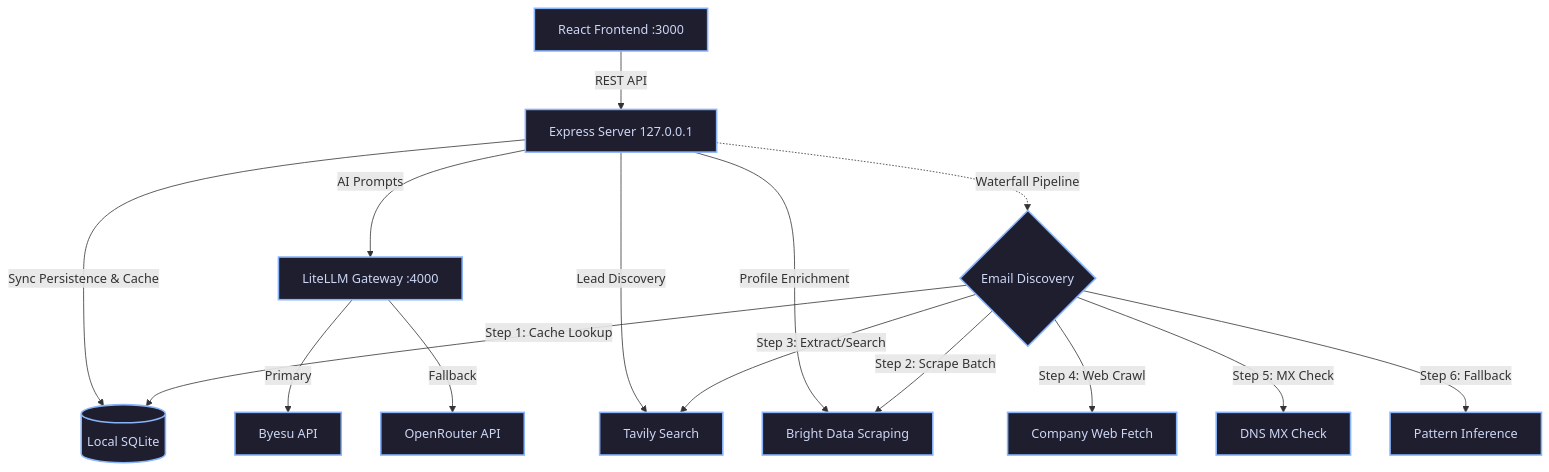
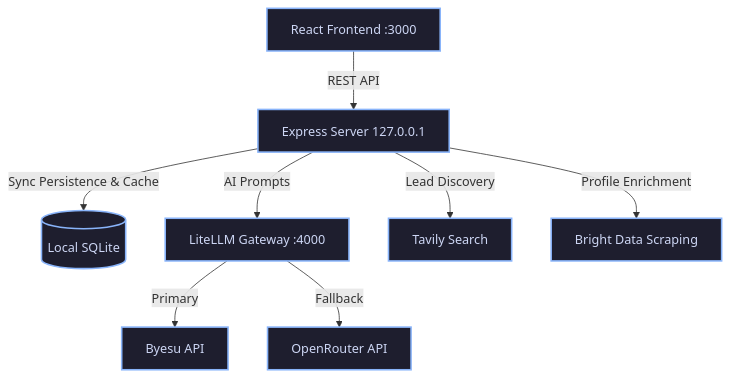
One commit to AliasHolmes/Apex-CRM changed the diagram in README.md. Above: the diagram before and after it, drawn with Mermaid. The commit also changed other lines of this file and 36 other files, not shown here.

````diff
--- a/README.md
+++ b/README.md
@@ -27,26 +27,17 @@
 ```mermaid
 graph TD
     Client[React Frontend :3000] -->|REST API| Server[Express Server 127.0.0.1]
     Server -->|Sync Persistence & Cache| DB[(Local SQLite)]
     
     %% LLM Pathway
     Server -->|AI Prompts| LLM[LiteLLM Gateway :4000]
     LLM -->|Primary| Byesu[Byesu API]
     LLM -->|Fallback| OpenRouter[OpenRouter API]
 
     %% Search & Enrichment
     Server -->|Lead Discovery| Tavily[Tavily Search]
     Server -->|Profile Enrichment| BrightData[Bright Data Scraping]
 
-    %% Email Discovery Pipeline
-    Server -.->|Waterfall Pipeline| EmailDiscovery{Email Discovery}
-    EmailDiscovery -->|Step 1: Cache Lookup| DB
-    EmailDiscovery -->|Step 2: Scrape Batch| BrightData
-    EmailDiscovery -->|Step 3: Extract/Search| Tavily
-    EmailDiscovery -->|Step 4: Web Crawl| Crawl[Company Web Fetch]
-    EmailDiscovery -->|Step 5: MX Check| DNS[DNS MX Check]
-    EmailDiscovery -->|Step 6: Fallback| Pattern[Pattern Inference]
-
     classDef tech fill:#1e1e2e,stroke:#89b4fa,stroke-width:2px,color:#cdd6f4;
-    class Client,Server,DB,LLM,Byesu,OpenRouter,Tavily,BrightData,EmailDiscovery,Crawl,DNS,Pattern tech;
+    class Client,Server,DB,LLM,Byesu,OpenRouter,Tavily,BrightData tech;
 ```
````
